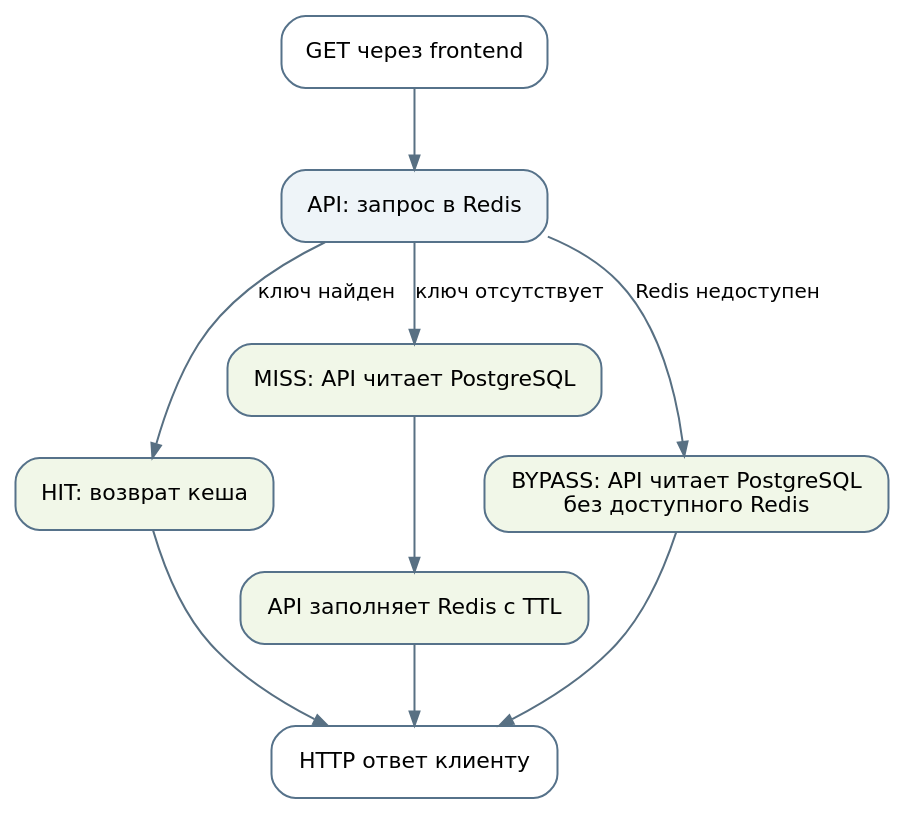
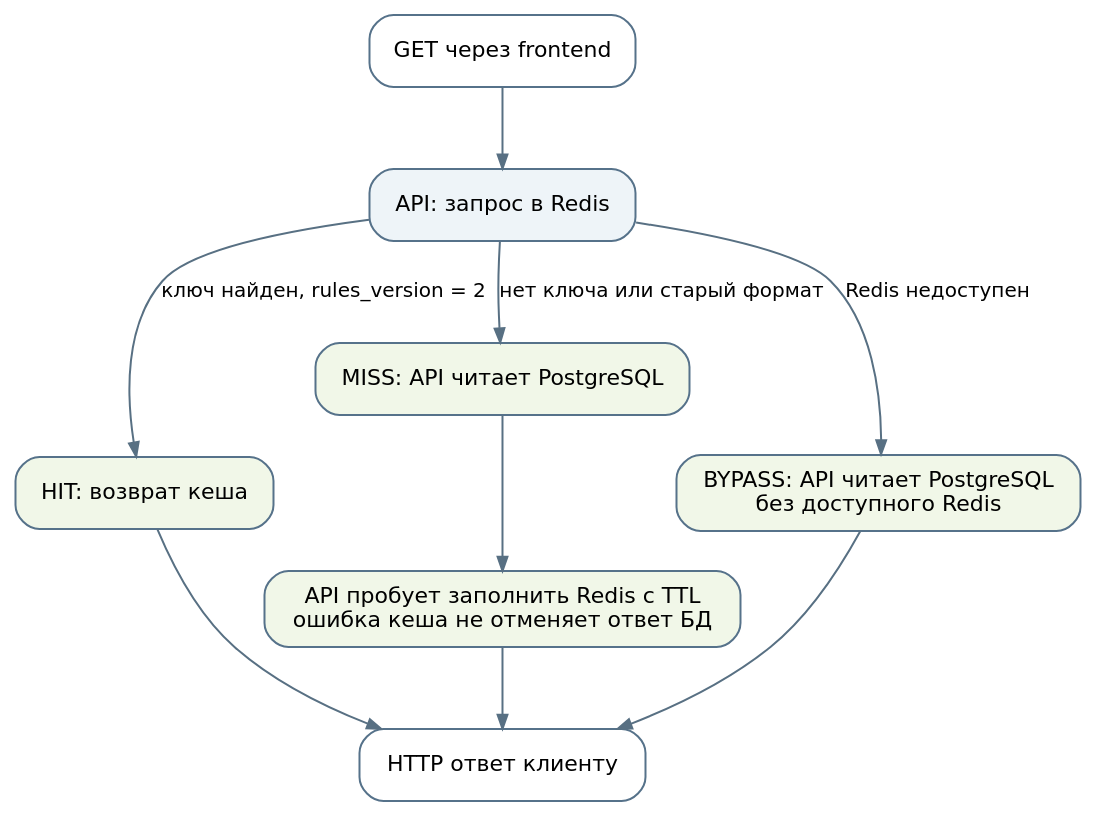
The diagram in docs/guide/_static/read-flow.dot (gdaneek/shls), drawn with Graphviz before and after one commit. The commit also changed 7 other files, not shown here.

Commit message:
docs: reconcile architecture and maintenance instructions

```diff
--- a/docs/guide/_static/read-flow.dot
+++ b/docs/guide/_static/read-flow.dot
@@ -1,19 +1,19 @@
 digraph ReadFlow {
   graph [rankdir=TB, bgcolor="transparent", pad="0.25", nodesep="0.4", ranksep="0.55", fontname="DejaVu Sans"];
   node [shape=box, style="rounded,filled", color="#56728a", fillcolor="#eef4f8", fontname="DejaVu Sans", fontsize=11, margin="0.16,0.1"];
   edge [color="#587083", fontname="DejaVu Sans", fontsize=10, arrowsize=0.7];
   request [label="GET через frontend", fillcolor="#ffffff"];
   lookup [label="API: запрос в Redis"];
   hit [label="HIT: возврат кеша", fillcolor="#f1f7e8"];
   miss [label="MISS: API читает PostgreSQL", fillcolor="#f1f7e8"];
-  fill [label="API заполняет Redis с TTL", fillcolor="#f1f7e8"];
+  fill [label="API пробует заполнить Redis с TTL\nошибка кеша не отменяет ответ БД", fillcolor="#f1f7e8"];
   bypass [label="BYPASS: API читает PostgreSQL\nбез доступного Redis", fillcolor="#f1f7e8"];
   response [label="HTTP ответ клиенту", fillcolor="#ffffff"];
   request -> lookup;
-  lookup -> hit [label="ключ найден"];
-  lookup -> miss [label="ключ отсутствует"];
+  lookup -> hit [label="ключ найден, rules_version = 2"];
+  lookup -> miss [label="нет ключа или старый формат"];
   lookup -> bypass [label="Redis недоступен"];
   miss -> fill -> response;
   hit -> response;
   bypass -> response;
 }
```
